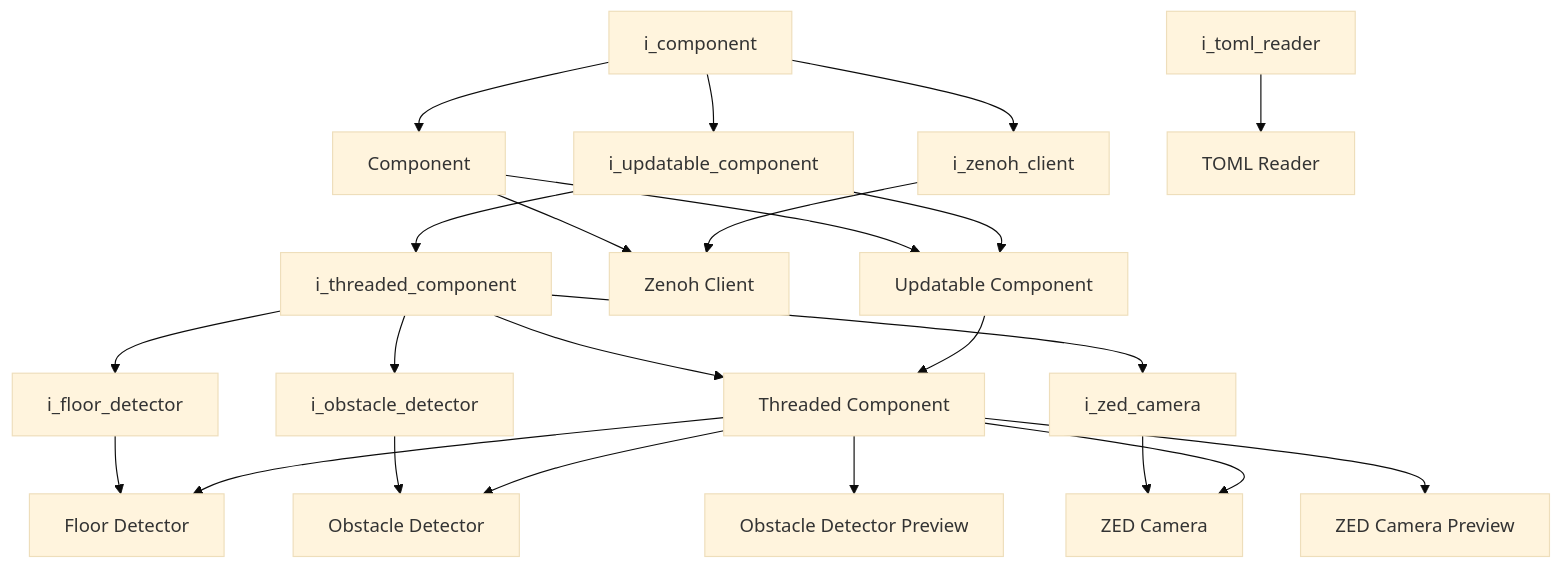
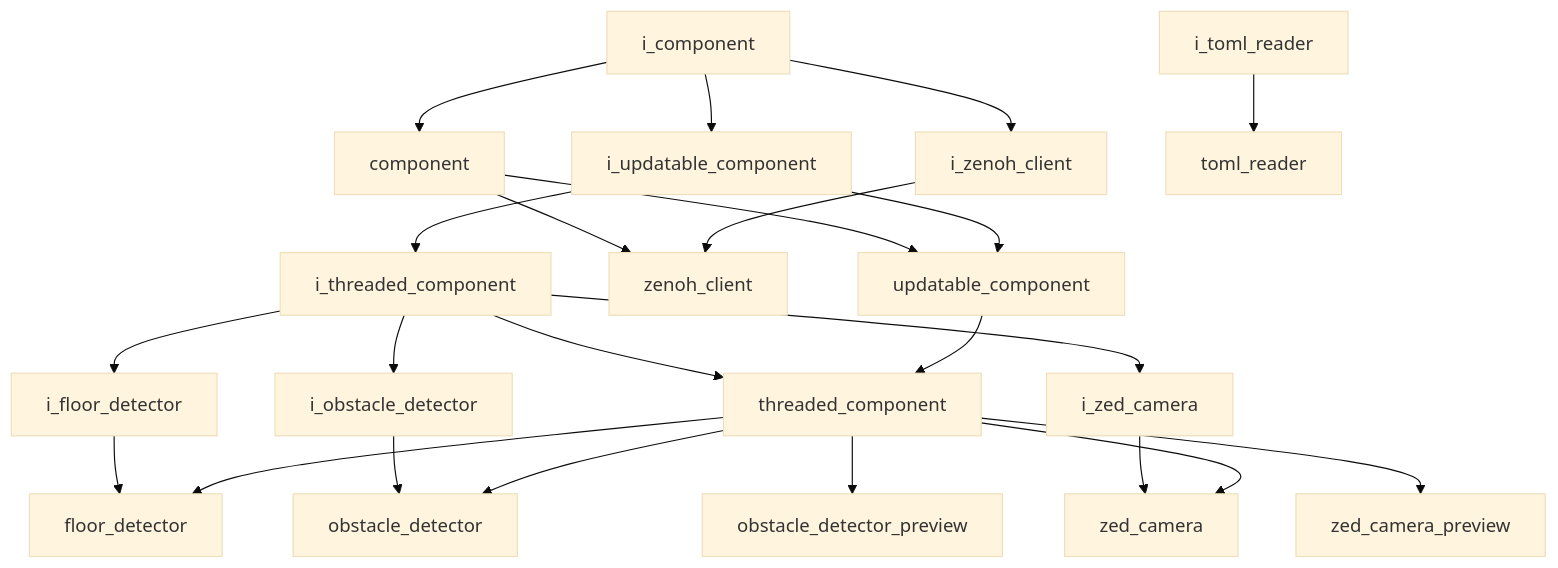
The diagram in docs/codebase/namespaces/index.md (kasper-szczerba/autonomous_control_system_wiki), drawn with Mermaid (base theme) before and after one commit. The commit also changed 41 other files, not shown here.

````diff
--- a/docs/codebase/namespaces/index.md
+++ b/docs/codebase/namespaces/index.md
@@ -13,25 +13,25 @@
 ```mermaid
 graph TD
-    component["Component"] --> updatable_component["Updatable Component"]
-    component["Component"] --> zenoh_client["Zenoh Client"]
-    i_component["i_component"] --> component["Component"]
+    component["component"] --> updatable_component["updatable_component"]
+    component["component"] --> zenoh_client["zenoh_client"]
+    i_component["i_component"] --> component["component"]
     i_component["i_component"] --> i_updatable_component["i_updatable_component"]
     i_component["i_component"] --> i_zenoh_client["i_zenoh_client"]
-    i_floor_detector["i_floor_detector"] --> floor_detector["Floor Detector"]
-    i_obstacle_detector["i_obstacle_detector"] --> obstacle_detector["Obstacle Detector"]
+    i_floor_detector["i_floor_detector"] --> floor_detector["floor_detector"]
+    i_obstacle_detector["i_obstacle_detector"] --> obstacle_detector["obstacle_detector"]
     i_threaded_component["i_threaded_component"] --> i_floor_detector["i_floor_detector"]
     i_threaded_component["i_threaded_component"] --> i_obstacle_detector["i_obstacle_detector"]
     i_threaded_component["i_threaded_component"] --> i_zed_camera["i_zed_camera"]
-    i_threaded_component["i_threaded_component"] --> threaded_component["Threaded Component"]
-    i_toml_reader["i_toml_reader"] --> toml_reader["TOML Reader"]
+    i_threaded_component["i_threaded_component"] --> threaded_component["threaded_component"]
+    i_toml_reader["i_toml_reader"] --> toml_reader["toml_reader"]
     i_updatable_component["i_updatable_component"] --> i_threaded_component["i_threaded_component"]
-    i_updatable_component["i_updatable_component"] --> updatable_component["Updatable Component"]
-    i_zed_camera["i_zed_camera"] --> zed_camera["ZED Camera"]
-    i_zenoh_client["i_zenoh_client"] --> zenoh_client["Zenoh Client"]
-    threaded_component["Threaded Component"] --> floor_detector["Floor Detector"]
-    threaded_component["Threaded Component"] --> obstacle_detector["Obstacle Detector"]
-    threaded_component["Threaded Component"] --> obstacle_detector_preview["Obstacle Detector Preview"]
-    threaded_component["Threaded Component"] --> zed_camera["ZED Camera"]
-    threaded_component["Threaded Component"] --> zed_camera_preview["ZED Camera Preview"]
-    updatable_component["Updatable Component"] --> threaded_component["Threaded Component"]
+    i_updatable_component["i_updatable_component"] --> updatable_component["updatable_component"]
+    i_zed_camera["i_zed_camera"] --> zed_camera["zed_camera"]
+    i_zenoh_client["i_zenoh_client"] --> zenoh_client["zenoh_client"]
+    threaded_component["threaded_component"] --> floor_detector["floor_detector"]
+    threaded_component["threaded_component"] --> obstacle_detector["obstacle_detector"]
+    threaded_component["threaded_component"] --> obstacle_detector_preview["obstacle_detector_preview"]
+    threaded_component["threaded_component"] --> zed_camera["zed_camera"]
+    threaded_component["threaded_component"] --> zed_camera_preview["zed_camera_preview"]
+    updatable_component["updatable_component"] --> threaded_component["threaded_component"]
 ```
````
